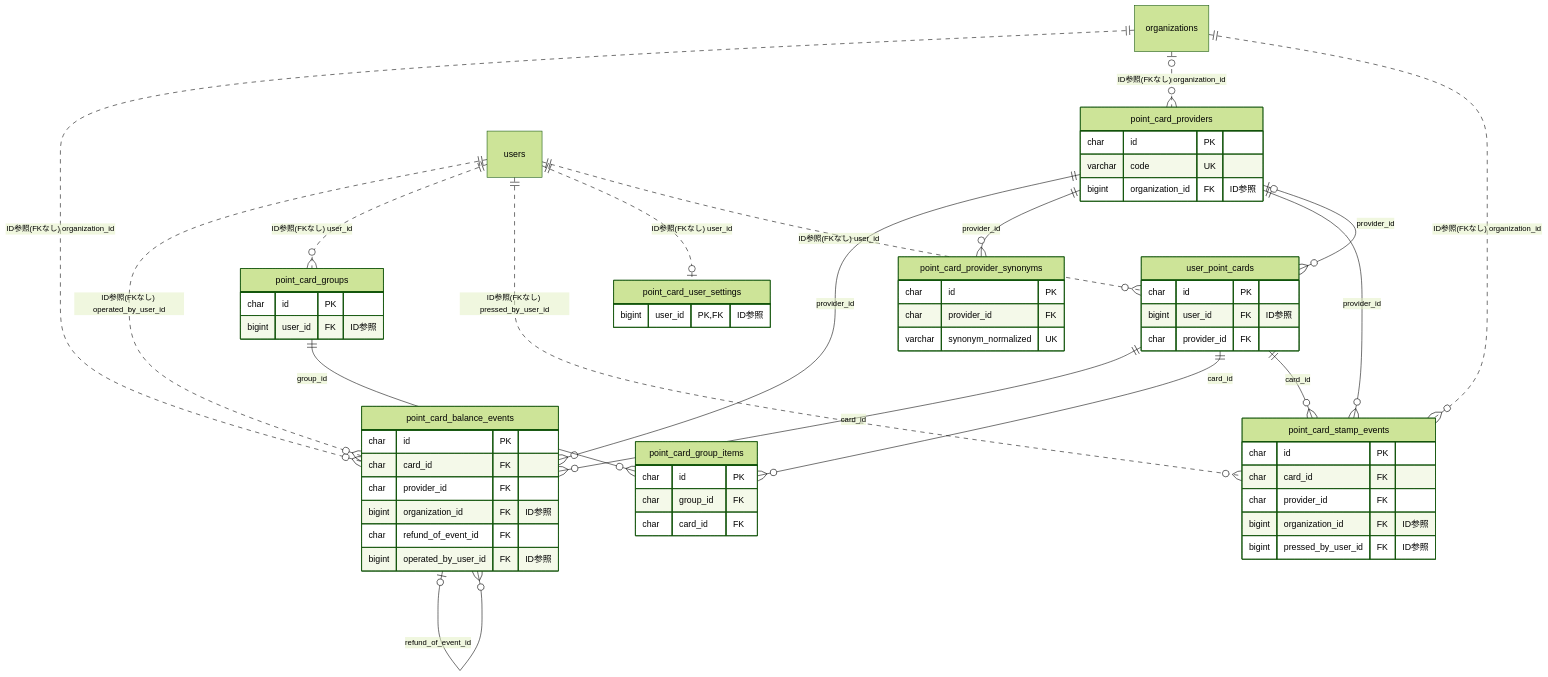
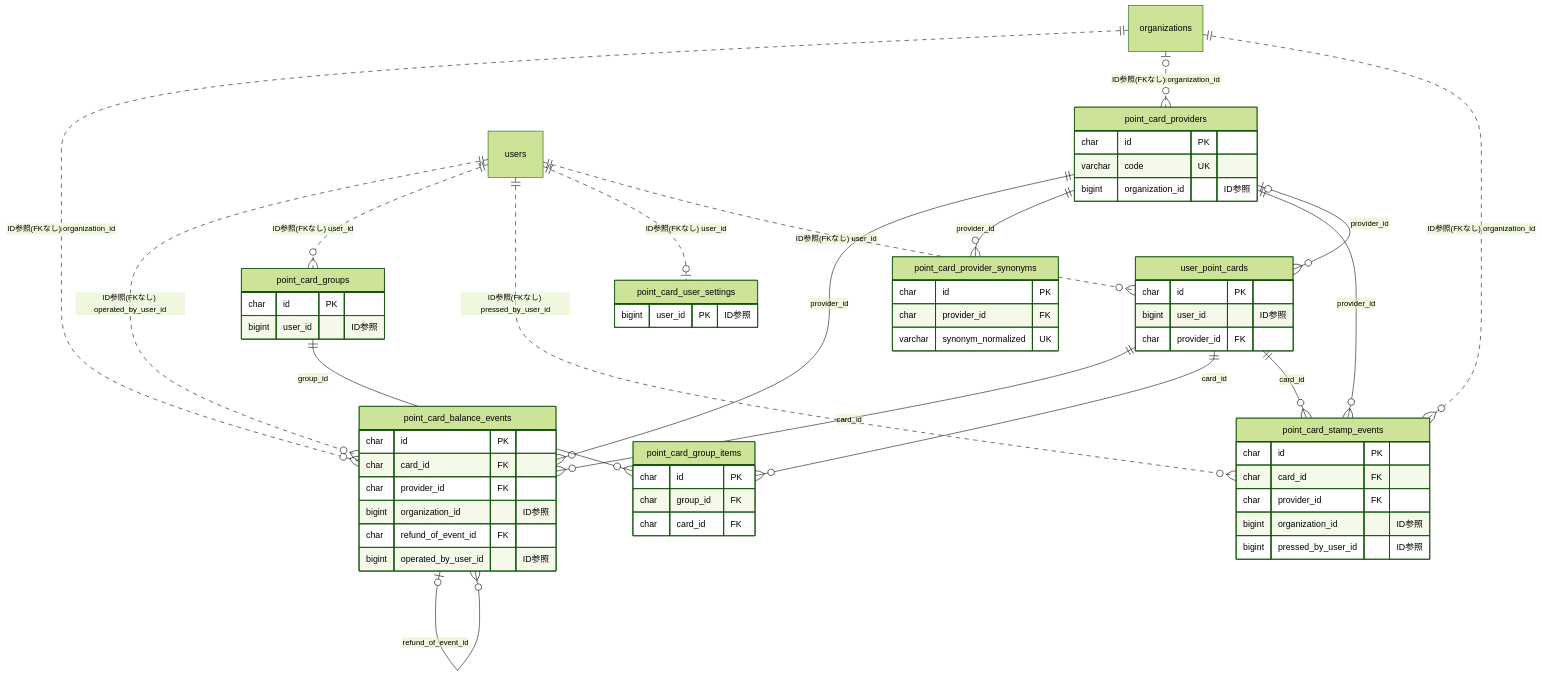
Before and after one commit to kenta-0420/mannschaft: the diagram in docs/architecture/er/pointcard.md, drawn with Mermaid (forest theme). The commit also changed other lines of this file and 115 other files, not shown here.

Commit message:
改善: ER図のFKマーカーを実FKのみに限定し、被参照の逆引き節とREADME凡例を追加 (PR #4268)

````diff
--- a/docs/architecture/er/pointcard.md
+++ b/docs/architecture/er/pointcard.md
@@ -12,64 +12,64 @@
 ```mermaid
 erDiagram
     point_card_balance_events {
         char id PK
         char card_id FK
         char provider_id FK
-        bigint organization_id FK "ID参照"
+        bigint organization_id "ID参照"
         char refund_of_event_id FK
-        bigint operated_by_user_id FK "ID参照"
+        bigint operated_by_user_id "ID参照"
     }
     point_card_group_items {
         char id PK
         char group_id FK
         char card_id FK
     }
     point_card_groups {
         char id PK
-        bigint user_id FK "ID参照"
+        bigint user_id "ID参照"
     }
     point_card_provider_synonyms {
         char id PK
         char provider_id FK
         varchar synonym_normalized UK
     }
     point_card_providers {
         char id PK
         varchar code UK
-        bigint organization_id FK "ID参照"
+        bigint organization_id "ID参照"
     }
     point_card_stamp_events {
         char id PK
         char card_id FK
         char provider_id FK
-        bigint organization_id FK "ID参照"
-        bigint pressed_by_user_id FK "ID参照"
+        bigint organization_id "ID参照"
+        bigint pressed_by_user_id "ID参照"
     }
     point_card_user_settings {
-        bigint user_id PK, FK "ID参照"
+        bigint user_id PK "ID参照"
     }
     user_point_cards {
         char id PK
-        bigint user_id FK "ID参照"
+        bigint user_id "ID参照"
         char provider_id FK
     }
     organizations
     users
     organizations ||..o{ point_card_balance_events : "ID参照(FKなし) organization_id"
     point_card_balance_events |o--o{ point_card_balance_events : "refund_of_event_id"
     point_card_providers ||--o{ point_card_balance_events : "provider_id"
     user_point_cards ||--o{ point_card_balance_events : "card_id"
     users ||..o{ point_card_balance_events : "ID参照(FKなし) operated_by_user_id"
     point_card_groups ||--o{ point_card_group_items : "group_id"
     user_point_cards ||--o{ point_card_group_items : "card_id"
     users ||..o{ point_card_groups : "ID参照(FKなし) user_id"
     point_card_providers ||--o{ point_card_provider_synonyms : "provider_id"
     organizations |o..o{ point_card_providers : "ID参照(FKなし) organization_id"
     organizations ||..o{ point_card_stamp_events : "ID参照(FKなし) organization_id"
     point_card_providers ||--o{ point_card_stamp_events : "provider_id"
     user_point_cards ||--o{ point_card_stamp_events : "card_id"
     users ||..o{ point_card_stamp_events : "ID参照(FKなし) pressed_by_user_id"
     users ||..o| point_card_user_settings : "ID参照(FKなし) user_id"
     point_card_providers |o--o{ user_point_cards : "provider_id"
     users ||..o{ user_point_cards : "ID参照(FKなし) user_id"
 ```
````
